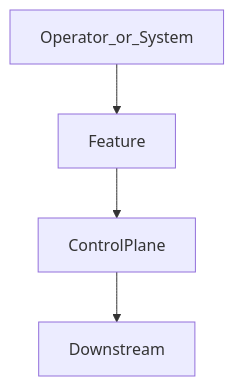
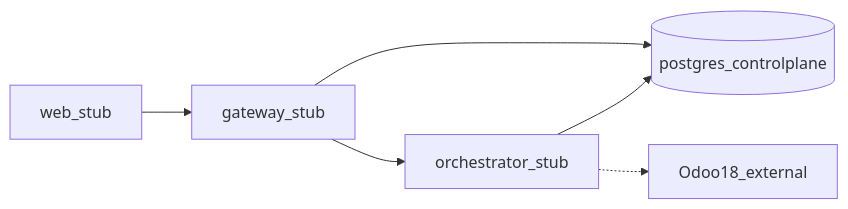
The diagram in docs/Development/Epic-01/phase-01/task-04-docker-compose-strategy/diagram.md (llanesleonardo/controlPanelErpOdoo), drawn with Mermaid before and after one commit. The commit also changed other lines of this file and 194 other files, not shown here.

````diff
--- a/docs/Development/Epic-01/phase-01/task-04-docker-compose-strategy/diagram.md
+++ b/docs/Development/Epic-01/phase-01/task-04-docker-compose-strategy/diagram.md
@@ -7,6 +8,13 @@
 ```mermaid
-flowchart TD
-  A[Operator_or_System] --> B[Feature]
-  B --> C[ControlPlane]
-  C --> D[Downstream]
+flowchart LR
+  Web[web_stub]
+  Gw[gateway_stub]
+  Orch[orchestrator_stub]
+  PG[(postgres_controlplane)]
+  Odoo[Odoo18_external]
+  Web --> Gw
+  Gw --> Orch
+  Gw --> PG
+  Orch --> PG
+  Orch -.-> Odoo
 ```
````
